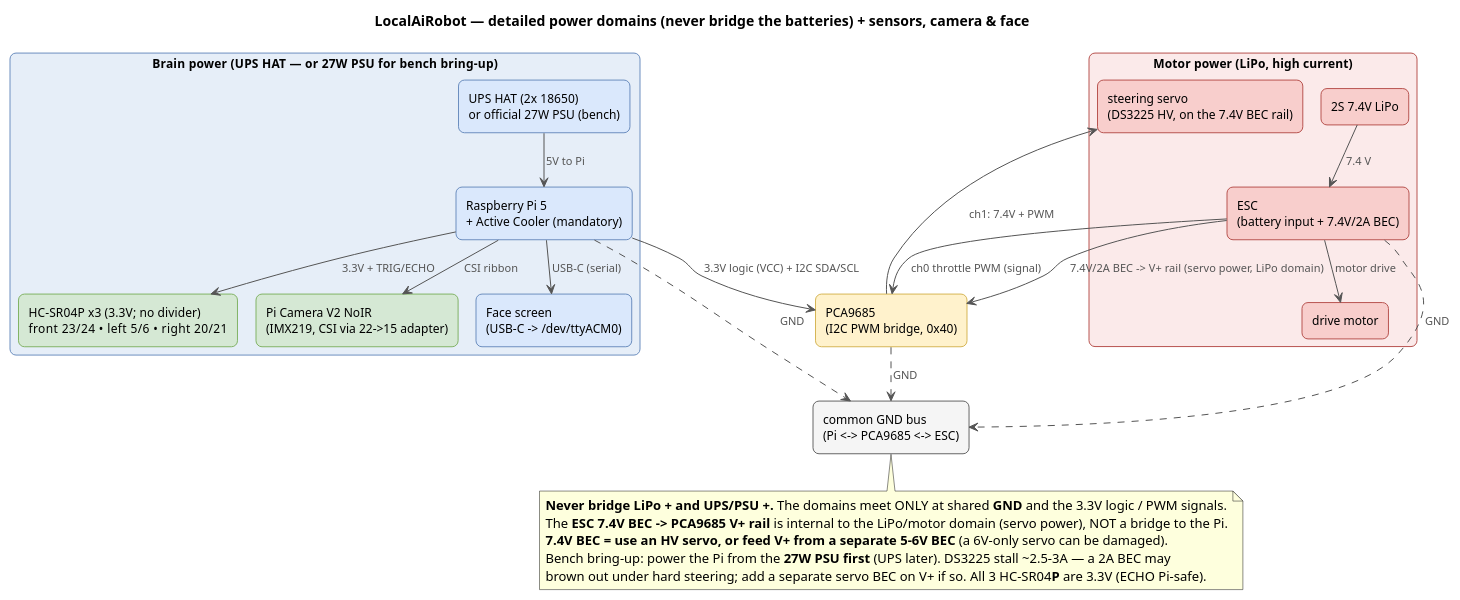
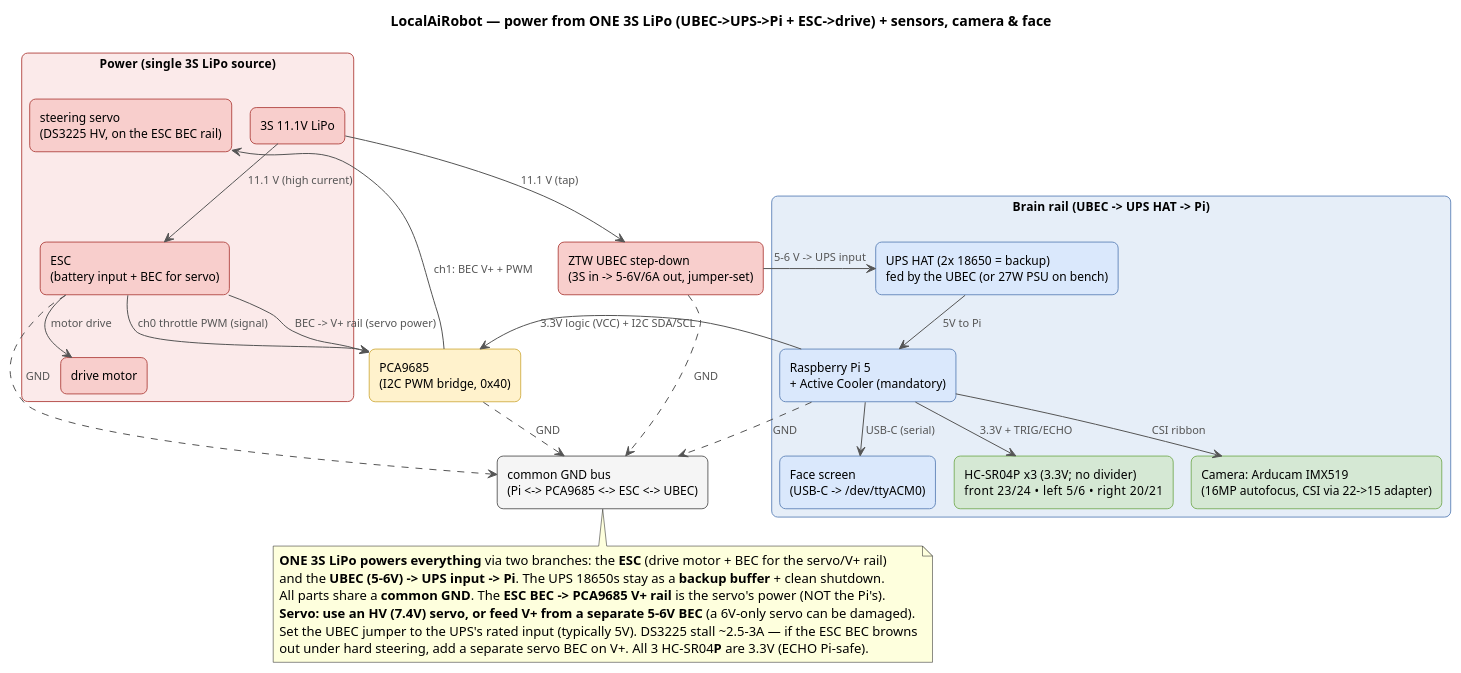
One commit to shen747/LocalAiRobot changed the diagram in docs/images/power-domains.puml. Above: the diagram before and after it, drawn with PlantUML. The commit also changed 20 other files, not shown here.

```diff
--- a/docs/images/power-domains.puml
+++ b/docs/images/power-domains.puml
@@ -1,80 +1,85 @@
 @startuml power-domains
-' LocalAiRobot — DETAILED power domains + signal wiring (camera, face & 3-sensor array).
+' LocalAiRobot — DETAILED power + signal wiring (camera, face & 3-sensor array).
 ' This source lives next to its render. Regenerate in place (writes power-domains.png here):
 '   plantuml -tpng docs/images/power-domains.puml
 ' No Graphviz needed: !pragma layout smetana uses PlantUML's pure-Java layout engine.
-' Grouped like assembly.puml: each battery domain is one labelled box; PCA9685 + GND bus sit between.
+' ONE 3S LiPo now feeds everything: an ESC branch (drive + servo BEC) and a UBEC->UPS branch for the Pi.
 !pragma layout smetana
 hide stereotype
-title LocalAiRobot — detailed power domains (never bridge the batteries) + sensors, camera & face
+title LocalAiRobot — power from ONE 3S LiPo (UBEC->UPS->Pi + ESC->drive) + sensors, camera & face
 
 skinparam backgroundColor white
 skinparam shadowing false
 skinparam defaultFontName Helvetica
 skinparam ArrowColor #555555
 skinparam ArrowFontColor #555555
 skinparam ArrowFontSize 11
 skinparam rectangle {
   RoundCorner 12
   FontSize 12
   BorderThickness 1
   BackgroundColor<<io>> #DAE8FC
   BorderColor<<io>> #6C8EBF
   BackgroundColor<<model>> #FFF2CC
   BorderColor<<model>> #D6B656
   BackgroundColor<<data>> #D5E8D4
   BorderColor<<data>> #82B366
   BackgroundColor<<motor>> #F8CECC
   BorderColor<<motor>> #B85450
   BackgroundColor<<store>> #F5F5F5
   BorderColor<<store>> #666666
   BackgroundColor<<motordomain>> #FBEAEA
   BorderColor<<motordomain>> #B85450
   BackgroundColor<<braindomain>> #E6EEF8
   BorderColor<<braindomain>> #6C8EBF
 }
 
-' ---- brain domain: Pi power + everything the Pi drives directly ----
-rectangle "Brain power  (UPS HAT  —  or 27W PSU for bench bring-up)" as brainbox <<braindomain>> {
-  rectangle "UPS HAT (2x 18650)\nor official 27W PSU (bench)" as ups <<io>>
+' ---- brain rail: Pi power + everything the Pi drives directly ----
+rectangle "Brain rail  (UBEC -> UPS HAT -> Pi)" as brainbox <<braindomain>> {
+  rectangle "UPS HAT (2x 18650 = backup)\nfed by the UBEC (or 27W PSU on bench)" as ups <<io>>
   rectangle "Raspberry Pi 5\n+ Active Cooler (mandatory)" as pi <<io>>
   rectangle "HC-SR04P x3  (3.3V; no divider)\nfront 23/24  •  left 5/6  •  right 20/21" as sonar <<data>>
-  rectangle "Pi Camera V2 NoIR\n(IMX219, CSI via 22->15 adapter)" as cam <<data>>
+  rectangle "Camera: Arducam IMX519\n(16MP autofocus, CSI via 22->15 adapter)" as cam <<data>>
   rectangle "Face screen\n(USB-C -> /dev/ttyACM0)" as face <<io>>
 }
 ups --> pi : 5V to Pi
 pi --> sonar : 3.3V + TRIG/ECHO
 pi --> cam : CSI ribbon
 pi --> face : USB-C (serial)
 
-' ---- motor domain: LiPo high-current path (servo power stays in here) ----
-rectangle "Motor power  (LiPo, high current)" as motorbox <<motordomain>> {
-  rectangle "2S 7.4V LiPo" as lipo <<motor>>
-  rectangle "ESC\n(battery input + 7.4V/2A BEC)" as esc <<motor>>
+' ---- ONE 3S LiPo source: a high-current ESC branch AND a UBEC step-down branch feeding the Pi ----
+rectangle "Power  (single 3S LiPo source)" as motorbox <<motordomain>> {
+  rectangle "3S 11.1V LiPo" as lipo <<motor>>
+  rectangle "ESC\n(battery input + BEC for servo)" as esc <<motor>>
   rectangle "drive motor" as dmotor <<motor>>
-  rectangle "steering servo\n(DS3225 HV, on the 7.4V BEC rail)" as servo <<motor>>
+  rectangle "steering servo\n(DS3225 HV, on the ESC BEC rail)" as servo <<motor>>
 }
-lipo --> esc : 7.4 V
+rectangle "ZTW UBEC step-down\n(3S in -> 5-6V/6A out, jumper-set)" as ubec <<motor>>
+lipo --> esc  : 11.1 V (high current)
+lipo --> ubec : 11.1 V (tap)
+ubec --> ups  : 5-6 V -> UPS input
 esc --> dmotor : motor drive
 
-' ---- the only places the two domains legitimately meet: 3.3V logic/PWM signals + common GND ----
+' ---- 3.3V logic/PWM signals + the servo's BEC rail + common GND ----
 rectangle "PCA9685\n(I2C PWM bridge, 0x40)" as pca <<model>>
-rectangle "common GND bus\n(Pi <-> PCA9685 <-> ESC)" as gnd <<store>>
+rectangle "common GND bus\n(Pi <-> PCA9685 <-> ESC <-> UBEC)" as gnd <<store>>
 
 pi  --> pca   : 3.3V logic (VCC) + I2C SDA/SCL
 esc --> pca   : ch0 throttle PWM (signal)
-esc --> pca   : 7.4V/2A BEC -> V+ rail (servo power, LiPo domain)
-pca --> servo : ch1: 7.4V + PWM
+esc --> pca   : BEC -> V+ rail (servo power)
+pca --> servo : ch1: BEC V+ + PWM
 
-esc ..> gnd : GND
-pi  ..> gnd : GND
-pca ..> gnd : GND
+esc  ..> gnd : GND
+pi   ..> gnd : GND
+pca  ..> gnd : GND
+ubec ..> gnd : GND
 
 note bottom of gnd
-  **Never bridge LiPo + and UPS/PSU +.** The domains meet ONLY at shared **GND** and the 3.3V logic / PWM signals.
-  The **ESC 7.4V BEC -> PCA9685 V+ rail** is internal to the LiPo/motor domain (servo power), NOT a bridge to the Pi.
-  **7.4V BEC = use an HV servo, or feed V+ from a separate 5-6V BEC** (a 6V-only servo can be damaged).
-  Bench bring-up: power the Pi from the **27W PSU first** (UPS later). DS3225 stall ~2.5-3A — a 2A BEC may
-  brown out under hard steering; add a separate servo BEC on V+ if so. All 3 HC-SR04**P** are 3.3V (ECHO Pi-safe).
+  **ONE 3S LiPo powers everything** via two branches: the **ESC** (drive motor + BEC for the servo/V+ rail)
+  and the **UBEC (5-6V) -> UPS input -> Pi**. The UPS 18650s stay as a **backup buffer** + clean shutdown.
+  All parts share a **common GND**. The **ESC BEC -> PCA9685 V+ rail** is the servo's power (NOT the Pi's).
+  **Servo: use an HV (7.4V) servo, or feed V+ from a separate 5-6V BEC** (a 6V-only servo can be damaged).
+  Set the UBEC jumper to the UPS's rated input (typically 5V). DS3225 stall ~2.5-3A — if the ESC BEC browns
+  out under hard steering, add a separate servo BEC on V+. All 3 HC-SR04**P** are 3.3V (ECHO Pi-safe).
 end note
 @enduml
```
